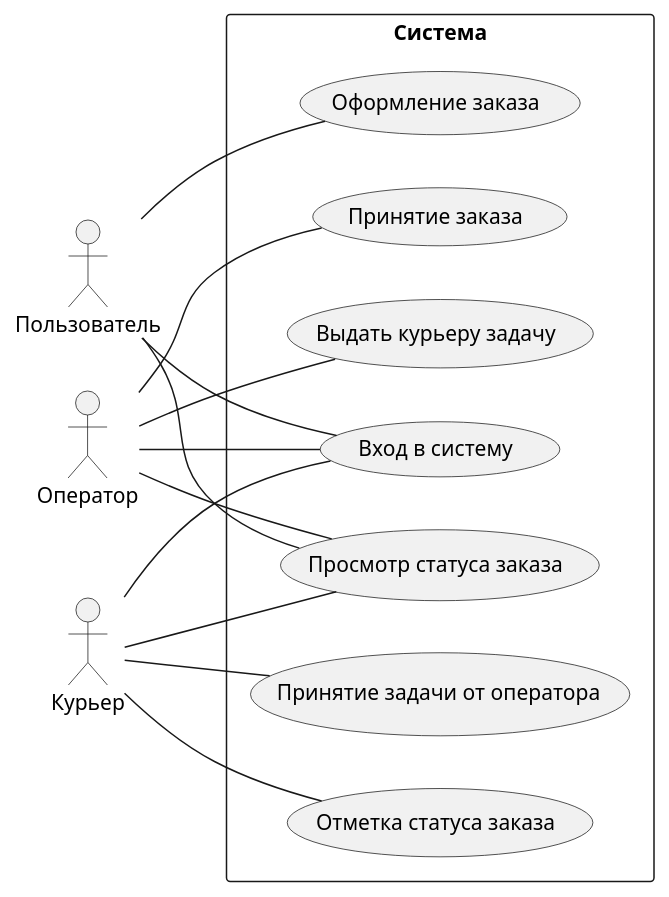
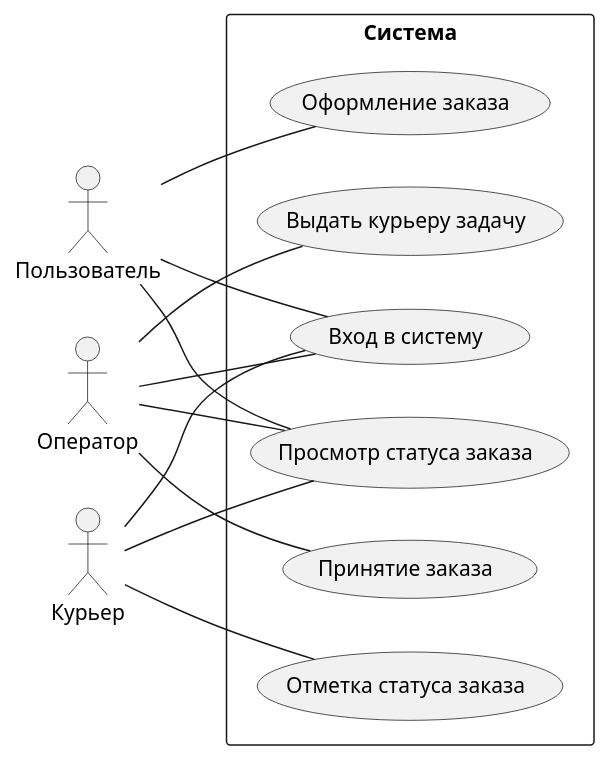
Before and after one commit to hamstez/bd: the diagram in src/main/resources/usecase.puml, drawn with PlantUML. The commit also changed 14 other files, not shown here.

```diff
--- a/src/main/resources/usecase.puml
+++ b/src/main/resources/usecase.puml
@@ -1,27 +1,25 @@
 @startuml bd
 left to right direction
 skinparam packageStyle rectangle
 actor "Пользователь" as User
 actor "Оператор" as Oper
 actor "Курьер" as Cour
 package "Система" {
 usecase "Вход в систему" as uc_login
 usecase "Просмотр статуса заказа" as uc_track
 usecase "Оформление заказа" as uc_order
 usecase "Выдать курьеру задачу" as uc_task
 usecase "Принятие заказа" as uc_accept
 usecase "Отметка статуса заказа" as uc_point
-usecase "Принятие задачи от оператора" as uc_taskfromoper
 }
 User -- uc_login
 User -- uc_track
 User -- uc_order
 Oper -- uc_login
 Oper -- uc_track
 Oper -- uc_task
 Oper -- uc_accept
 Cour -- uc_login
 Cour -- uc_track
 Cour -- uc_point
-Cour -- uc_taskfromoper
 @enduml
```
